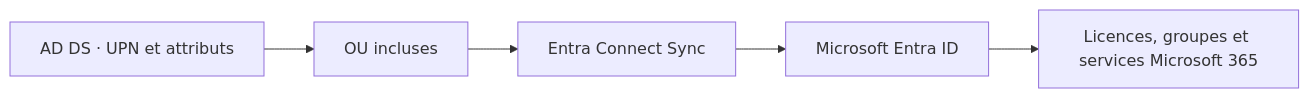
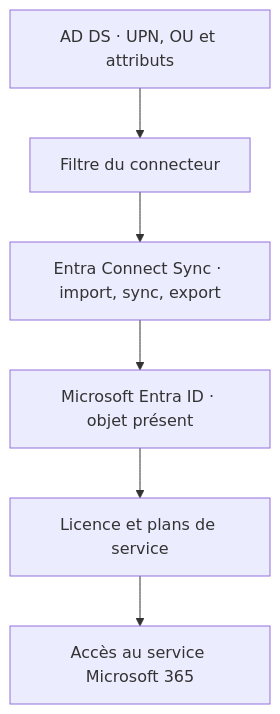
The diagram in docs/modules/14-messagerie-cloud/module-02.md (sk34pk25/tssr-cours), drawn with Mermaid before and after one commit. The commit also changed other lines of this file and 97 other files, not shown here.

````diff
--- a/docs/modules/14-messagerie-cloud/module-02.md
+++ b/docs/modules/14-messagerie-cloud/module-02.md
@@ -34,7 +105,8 @@
-~~~mermaid
-flowchart LR
-    A["AD DS · UPN et attributs"] --> O["OU incluses"]
-    O --> C["Entra Connect Sync"]
-    C --> E["Microsoft Entra ID"]
-    E --> X["Licences, groupes et services Microsoft 365"]
-~~~
+```mermaid
+flowchart TB
+    A["AD DS · UPN, OU et attributs"] --> F["Filtre du connecteur"]
+    F --> C["Entra Connect Sync · import, sync, export"]
+    C --> E["Microsoft Entra ID · objet présent"]
+    E --> L["Licence et plans de service"]
+    L --> X["Accès au service Microsoft 365"]
+```
````
